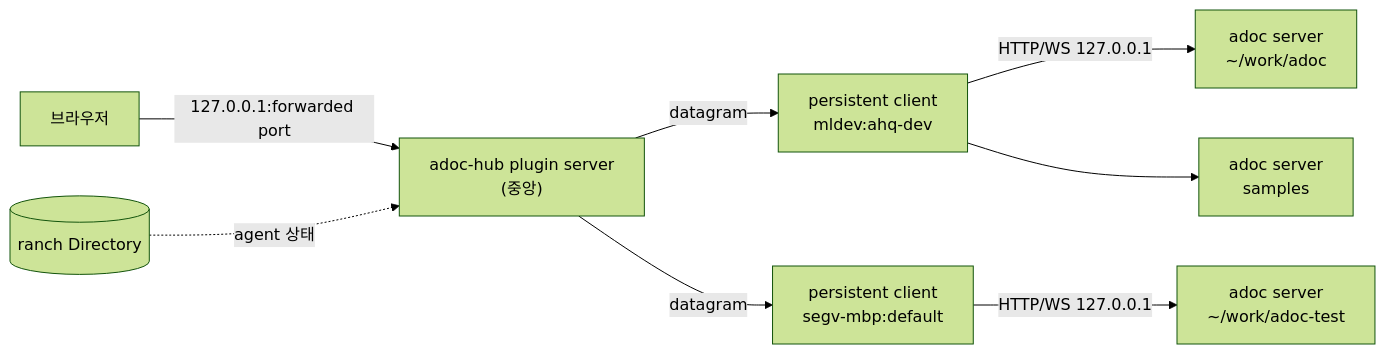
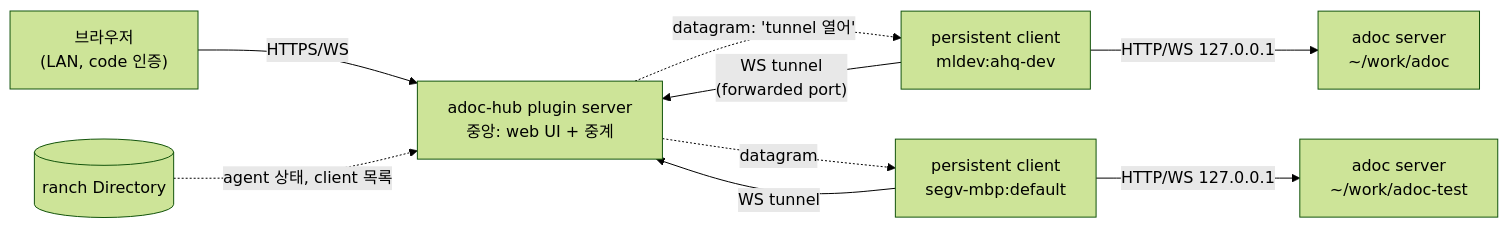
The diagram in docs/notes/NOTE-261002-ranch-adoc-hub.md (dirty49374/adoc), drawn with Mermaid (forest theme) before and after one commit. The commit also changed other lines of this file, not shown here.

First line of the commit message:
NOTE-261002-ranch-adoc-hub: decisions (central web UI, WebSocket tunnel, LAN with code auth, in this repository, straight to ranch); one client per workspace when a machine has several sessions

````diff
--- a/docs/notes/NOTE-261002-ranch-adoc-hub.md
+++ b/docs/notes/NOTE-261002-ranch-adoc-hub.md
@@ -28,10 +29,11 @@
 ```mermaid
 flowchart LR
-  B[브라우저] -->|"127.0.0.1:forwarded port"| H["adoc-hub plugin server<br/>(중앙)"]
-  H -->|datagram| C1["persistent client<br/>mldev:ahq-dev"]
-  H -->|datagram| C2["persistent client<br/>segv-mbp:default"]
+  B["브라우저<br/>(LAN, code 인증)"] -->|HTTPS/WS| H["adoc-hub plugin server<br/>중앙: web UI + 중계"]
+  C1["persistent client<br/>mldev:ahq-dev"] -->|"WS tunnel<br/>(forwarded port)"| H
+  C2["persistent client<br/>segv-mbp:default"] -->|"WS tunnel"| H
+  H -.datagram: 'tunnel 열어'.-> C1
+  H -.datagram.-> C2
   C1 -->|"HTTP/WS 127.0.0.1"| A1["adoc server<br/>~/work/adoc"]
-  C1 --> A2["adoc server<br/>samples"]
   C2 -->|"HTTP/WS 127.0.0.1"| A3["adoc server<br/>~/work/adoc-test"]
-  D[(ranch Directory)] -.agent 상태.-> H
+  D[(ranch Directory)] -.agent 상태, client 목록.-> H
 ```
````
